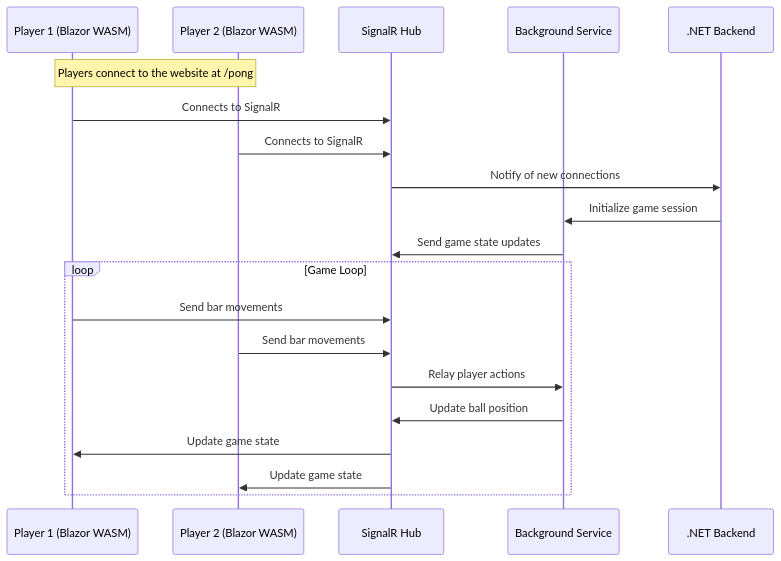
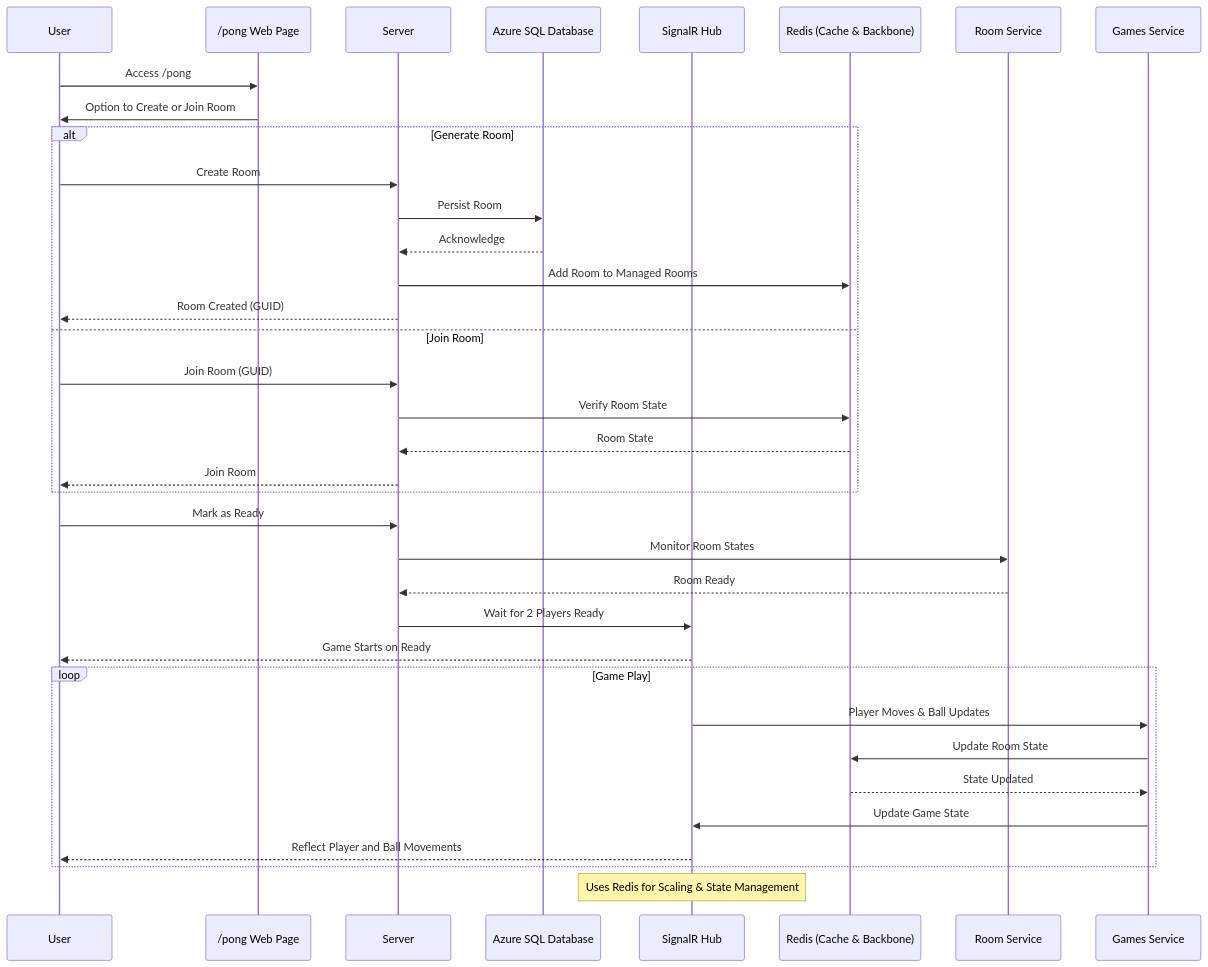
Before and after one commit to macel94/cloudnativeblazorpong: the diagram in README.md, drawn with Mermaid. The commit also changed other lines of this file, not shown here.

````diff
--- a/README.md
+++ b/README.md
@@ -7,23 +8,43 @@
 ```mermaid
 sequenceDiagram
-    participant BlazorClient1 as Player 1 (Blazor WASM)
-    participant BlazorClient2 as Player 2 (Blazor WASM)
+    participant User as User
+    participant WebPage as /pong Web Page
+    participant Server as Server
+    participant Database as Azure SQL Database
     participant SignalRHub as SignalR Hub
-    participant BackgroundService as Background Service
-    participant NETBackend as .NET Backend
+    participant Redis as Redis (Cache & Backbone)
+    participant RoomService as Room Service
+    participant GamesService as Games Service
 
-    Note over BlazorClient1, BlazorClient2: Players connect to the website at /pong
-    BlazorClient1->>SignalRHub: Connects to SignalR
-    BlazorClient2->>SignalRHub: Connects to SignalR
-    SignalRHub->>NETBackend: Notify of new connections
-    NETBackend->>BackgroundService: Initialize game session
-    BackgroundService->>SignalRHub: Send game state updates
-    loop Game Loop
-        BlazorClient1->>SignalRHub: Send bar movements
-        BlazorClient2->>SignalRHub: Send bar movements
-        SignalRHub->>BackgroundService: Relay player actions
-        BackgroundService->>SignalRHub: Update ball position
-        SignalRHub->>BlazorClient1: Update game state
-        SignalRHub->>BlazorClient2: Update game state
+    User->>WebPage: Access /pong
+    WebPage->>User: Option to Create or Join Room
+
+    alt Generate Room
+        User->>Server: Create Room
+        Server->>Database: Persist Room
+        Database-->>Server: Acknowledge
+        Server->>Redis: Add Room to Managed Rooms
+        Server-->>User: Room Created (GUID)
+    else Join Room
+        User->>Server: Join Room (GUID)
+        Server->>Redis: Verify Room State
+        Redis-->>Server: Room State
+        Server-->>User: Join Room
     end
+
+    User->>Server: Mark as Ready
+    Server->>RoomService: Monitor Room States
+    RoomService-->>Server: Room Ready
+    Server->>SignalRHub: Wait for 2 Players Ready
+    SignalRHub-->>User: Game Starts on Ready
+
+    loop Game Play
+        SignalRHub->>GamesService: Player Moves & Ball Updates
+        GamesService->>Redis: Update Room State
+        Redis-->>GamesService: State Updated
+        GamesService->>SignalRHub: Update Game State
+        SignalRHub-->>User: Reflect Player and Ball Movements
+    end
+
+    note over SignalRHub: Uses Redis for Scaling & State Management
 ```
````
